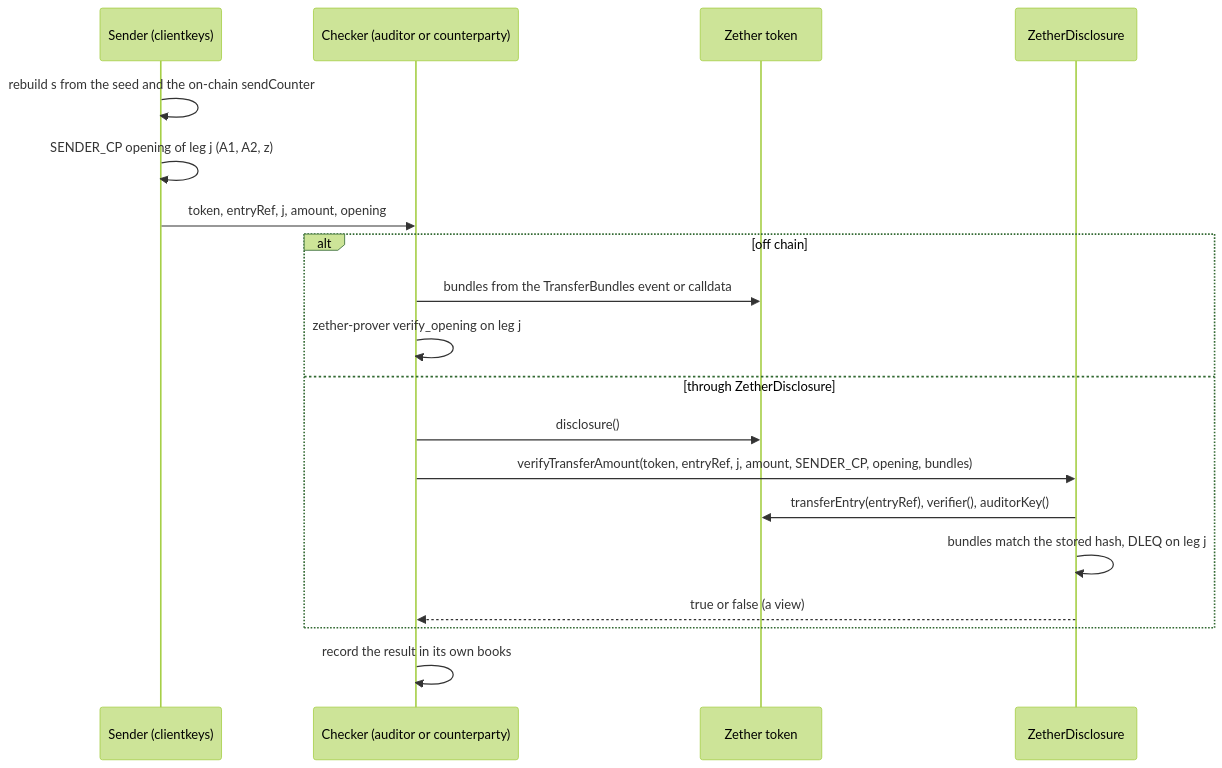
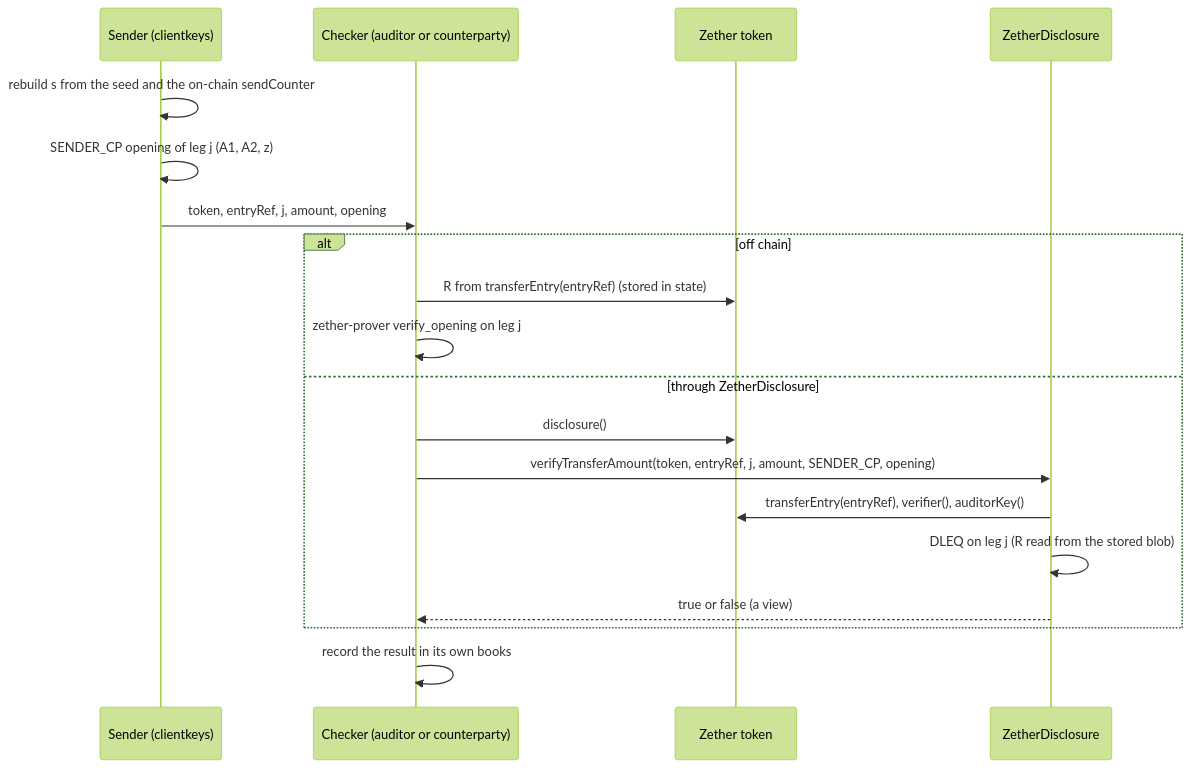
Before and after one commit to dinhduongha/scaas: diagram 12 of 12 in docs/architecture.md, drawn with Mermaid (forest theme). The commit also changed 12 other files, not shown here.

````diff
--- a/docs/architecture.md
+++ b/docs/architecture.md
@@ -778,21 +778,21 @@
 ```mermaid
 sequenceDiagram
     participant SND as Sender (clientkeys)
     participant CHK as Checker (auditor or counterparty)
     participant TOK as Zether token
     participant DSC as ZetherDisclosure
     SND->>SND: rebuild s from the seed and the on-chain sendCounter
     SND->>SND: SENDER_CP opening of leg j (A1, A2, z)
     SND->>CHK: token, entryRef, j, amount, opening
     alt off chain
-        CHK->>TOK: bundles from the TransferBundles event or calldata
+        CHK->>TOK: R from transferEntry(entryRef) (stored in state)
         CHK->>CHK: zether-prover verify_opening on leg j
     else through ZetherDisclosure
         CHK->>TOK: disclosure()
-        CHK->>DSC: verifyTransferAmount(token, entryRef, j, amount, SENDER_CP, opening, bundles)
+        CHK->>DSC: verifyTransferAmount(token, entryRef, j, amount, SENDER_CP, opening)
         DSC->>TOK: transferEntry(entryRef), verifier(), auditorKey()
-        DSC->>DSC: bundles match the stored hash, DLEQ on leg j
+        DSC->>DSC: DLEQ on leg j (R read from the stored blob)
         DSC-->>CHK: true or false (a view)
     end
     CHK->>CHK: record the result in its own books
 ```
````
